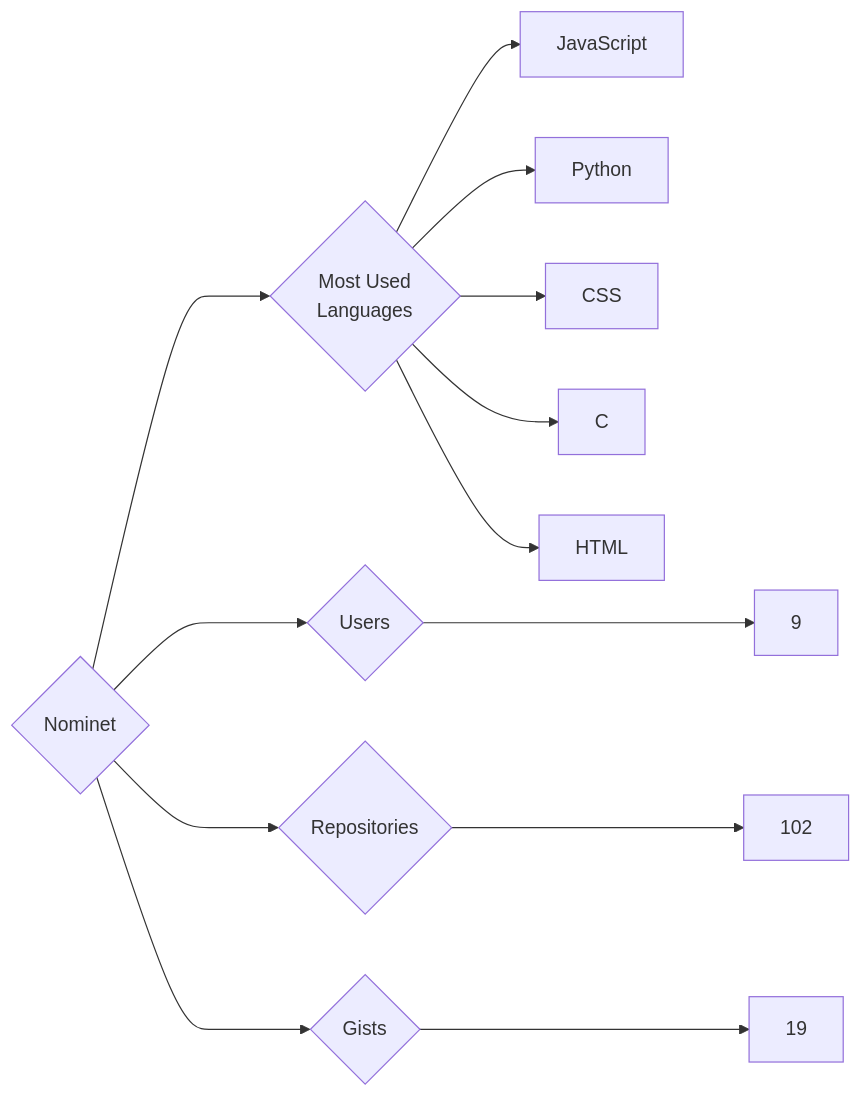
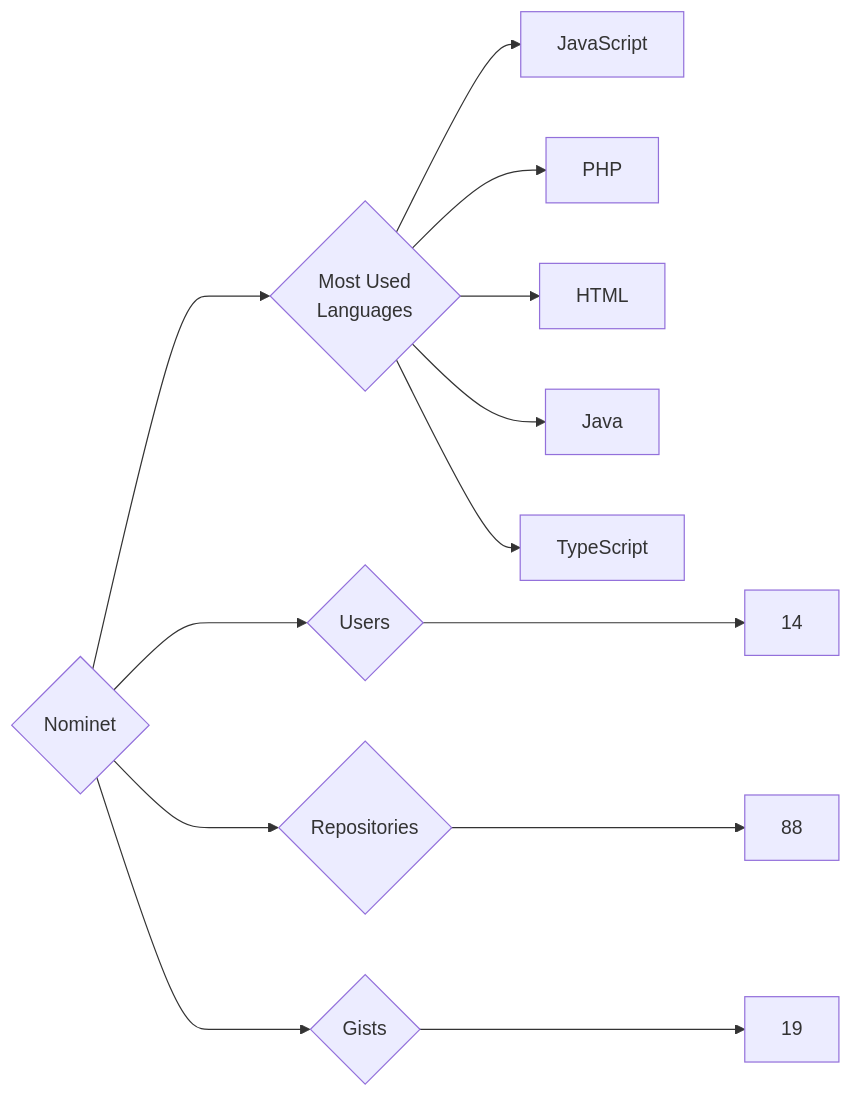
One commit to trickest/insiders changed the diagram in targets/Nominet/README.md. Above: the diagram before and after it, drawn with Mermaid. The commit also changed 682 other files, not shown here.

````diff
--- a/targets/Nominet/README.md
+++ b/targets/Nominet/README.md
@@ -3,13 +3,13 @@
 ```mermaid
 graph LR
 COMPANY_NAME{Nominet}
-COMPANY_NAME ---> U{Users} ---> UN[9]
-COMPANY_NAME ---> R{Repositories} ---> RN[102]
+COMPANY_NAME ---> U{Users} ---> UN[14]
+COMPANY_NAME ---> R{Repositories} ---> RN[88]
 COMPANY_NAME ---> G{Gists} ---> GN[19]
 COMPANY_NAME ---> ML{Most Used<br>Languages}
 ML --> JavaScript[JavaScript]
-ML --> Python[Python]
-ML --> CSS[CSS]
-ML --> C[C]
+ML --> PHP[PHP]
 ML --> HTML[HTML]
+ML --> Java[Java]
+ML --> TypeScript[TypeScript]
 ```
````
